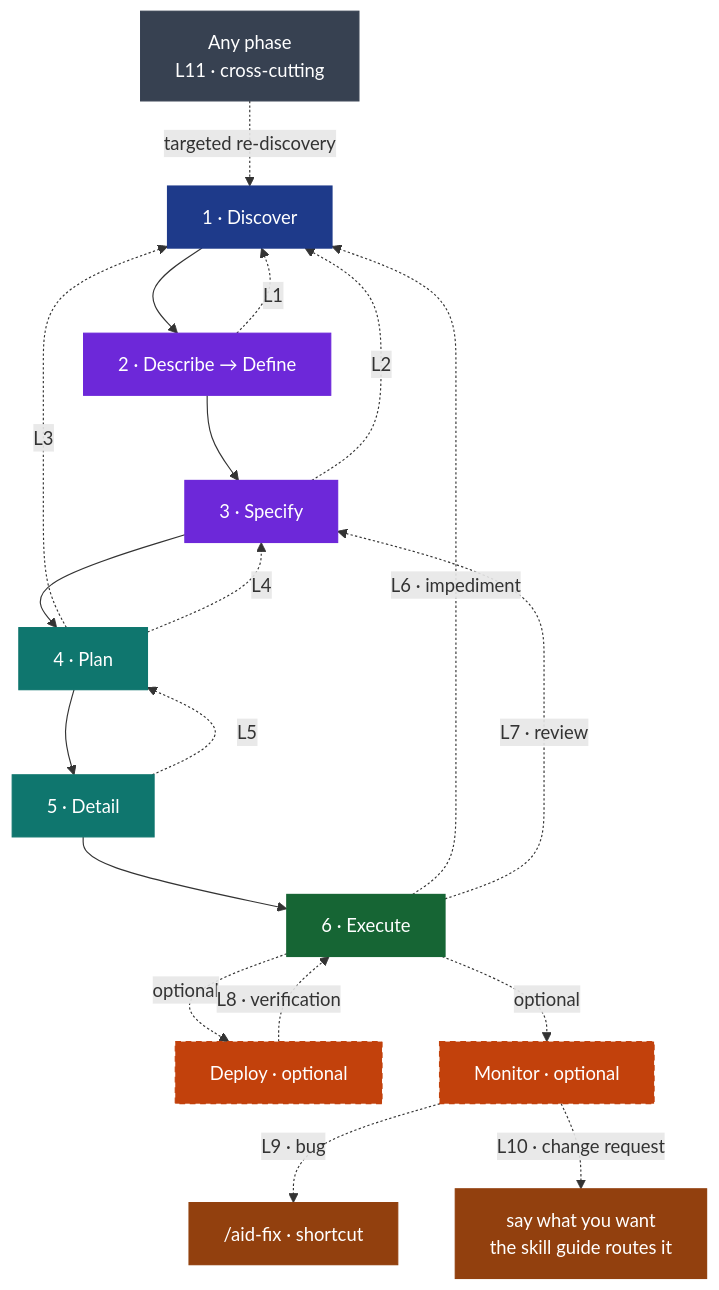
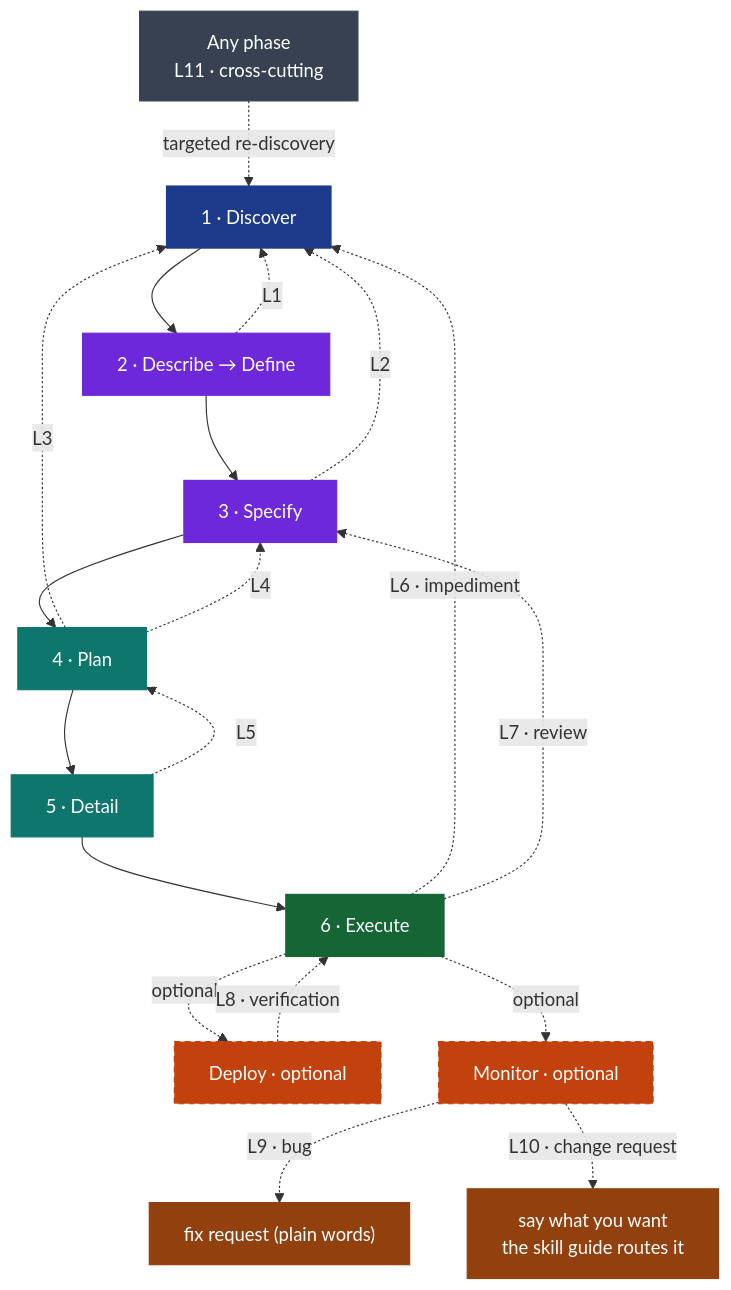
One commit to AndreVianna/aid-methodology changed the sixth of 7 diagrams in docs/aid-methodology.md. Above: the diagram before and after it, drawn with Mermaid. The commit also changed other lines of this file and 141 other files, not shown here.

````diff
--- a/docs/aid-methodology.md
+++ b/docs/aid-methodology.md
@@ -915,37 +915,37 @@
 ```mermaid
 flowchart TB
     classDef prep    fill:#1E3A8A,stroke:#1E3A8A,color:#ffffff
     classDef def     fill:#6D28D9,stroke:#6D28D9,color:#ffffff
     classDef map     fill:#0F766E,stroke:#0F766E,color:#ffffff
     classDef exe     fill:#166534,stroke:#166534,color:#ffffff
     classDef delopt  fill:#C2410C,stroke:#C2410C,color:#ffffff,stroke-dasharray:5 4
     classDef offpipe fill:#374151,stroke:#374151,color:#ffffff
     classDef entry   fill:#92400E,stroke:#92400E,color:#ffffff
 
     D["1 · Discover"]:::prep
     I["2 · Describe → Define"]:::def
     S["3 · Specify"]:::def
     P["4 · Plan"]:::map
     Dt["5 · Detail"]:::map
     E["6 · Execute"]:::exe
     Dp["Deploy · optional"]:::delopt
     M["Monitor · optional"]:::delopt
-    Fx["/aid-fix · shortcut"]:::entry
+    Fx["fix request (plain words)"]:::entry
     Tr["say what you want<br/>the skill guide routes it"]:::entry
     Any["Any phase<br/>L11 · cross-cutting"]:::offpipe
 
     D --> I --> S --> P --> Dt --> E
     E  -. "optional" .-> Dp
     E  -. "optional" .-> M
     I  -. "L1" .-> D
     S  -. "L2" .-> D
     P  -. "L3" .-> D
     P  -. "L4" .-> S
     Dt -. "L5" .-> P
     E  -. "L6 · impediment" .-> D
     E  -. "L7 · review" .-> S
     Dp -. "L8 · verification" .-> E
     M  -. "L9 · bug" .-> Fx
     M  -. "L10 · change request" .-> Tr
     Any -. "targeted re-discovery" .-> D
 ```
````
